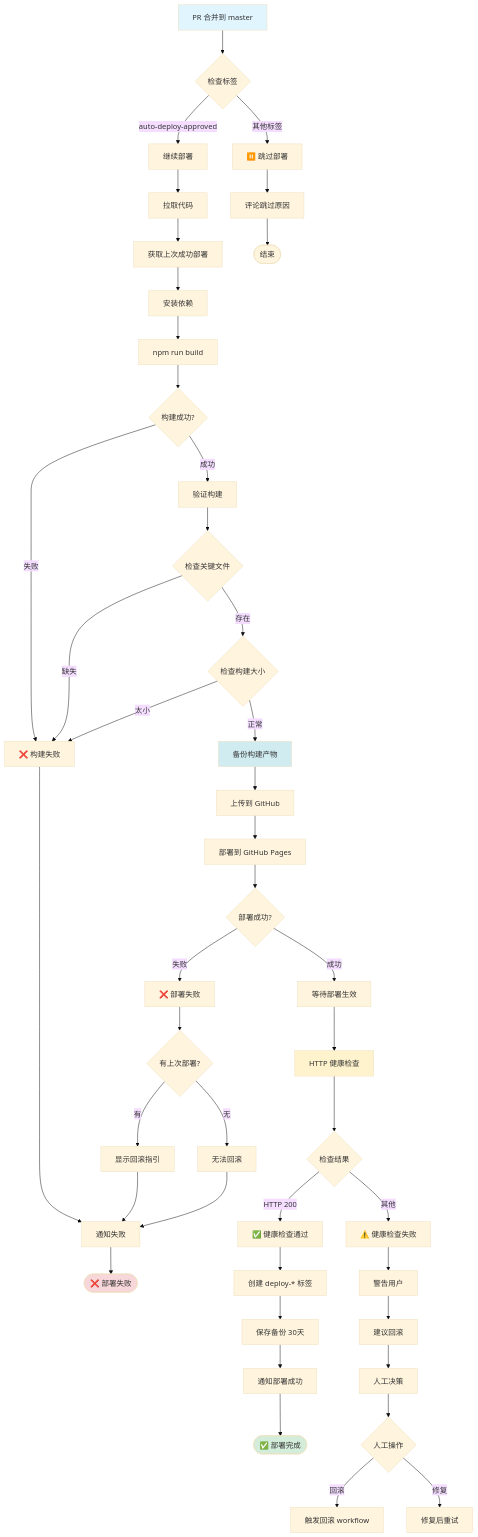
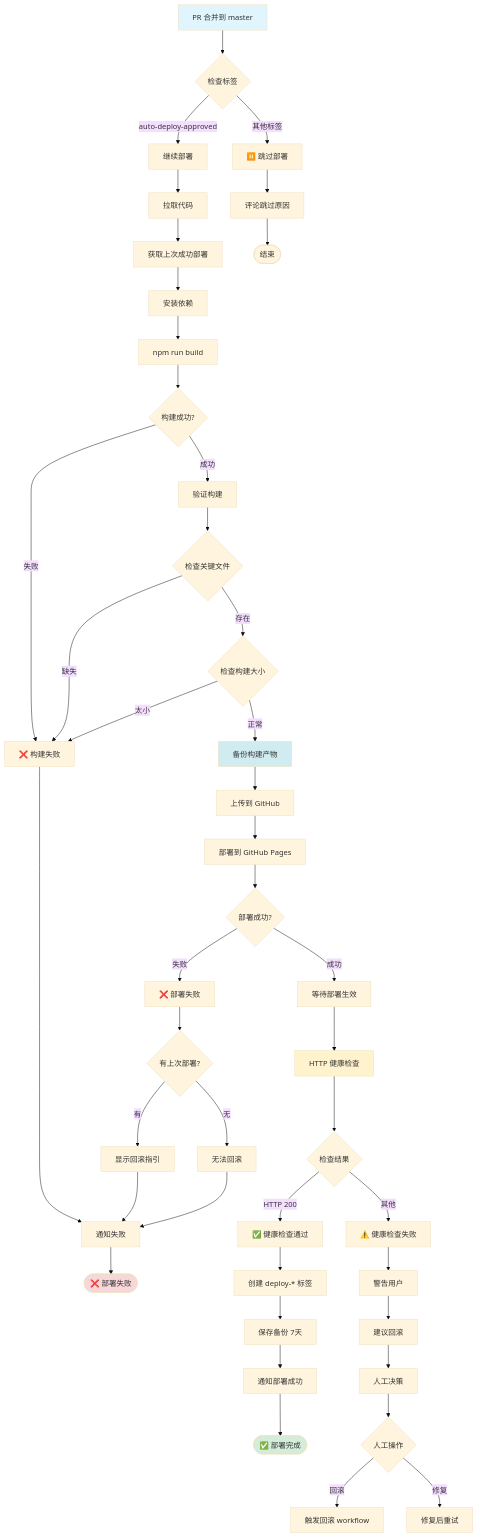
One commit to Lzp1996/test changed the fourth of 8 diagrams in .github/FLOWCHARTS.md. Above: the diagram before and after it, drawn with Mermaid (base theme). The commit also changed other lines of this file and 14 other files, not shown here.

````diff
--- a/.github/FLOWCHARTS.md
+++ b/.github/FLOWCHARTS.md
@@ -123,68 +246,68 @@
 ```mermaid
 flowchart TD
     Start[PR 合并到 master] --> CheckLabel{检查标签}
     
     CheckLabel -->|auto-deploy-approved| Continue[继续部署]
     CheckLabel -->|其他标签| Skip[⏸️ 跳过部署]
     
     Continue --> Checkout[拉取代码]
     Checkout --> GetLastDeploy[获取上次成功部署]
     GetLastDeploy --> InstallDeps[安装依赖]
     
     InstallDeps --> Build[npm run build]
     Build --> BuildCheck{构建成功?}
     
     BuildCheck -->|失败| BuildFail[❌ 构建失败]
     BuildCheck -->|成功| ValidateBuild[验证构建]
     
     ValidateBuild --> CheckFiles{检查关键文件}
     CheckFiles -->|缺失| BuildFail
     CheckFiles -->|存在| CheckSize{检查构建大小}
     
     CheckSize -->|太小| BuildFail
     CheckSize -->|正常| BackupBuild[备份构建产物]
     
     BackupBuild --> UploadArtifact[上传到 GitHub]
     UploadArtifact --> DeployPages[部署到 GitHub Pages]
     
     DeployPages --> DeployCheck{部署成功?}
     DeployCheck -->|失败| DeployFail[❌ 部署失败]
     DeployCheck -->|成功| WaitStable[等待部署生效]
     
     WaitStable --> HealthCheck[HTTP 健康检查]
     HealthCheck --> HealthResult{检查结果}
     
     HealthResult -->|HTTP 200| HealthPass[✅ 健康检查通过]
     HealthResult -->|其他| HealthFail[⚠️ 健康检查失败]
     
     HealthPass --> CreateTag[创建 deploy-* 标签]
-    CreateTag --> SaveBackup[保存备份 30天]
+    CreateTag --> SaveBackup[保存备份 7天]
     SaveBackup --> NotifySuccess[通知部署成功]
     NotifySuccess --> DeploySuccess([✅ 部署完成])
     
     HealthFail --> WarnUser[警告用户]
     WarnUser --> SuggestRollback[建议回滚]
     
     DeployFail --> GetLastTag{有上次部署?}
     GetLastTag -->|有| ShowRollback[显示回滚指引]
     GetLastTag -->|无| NoRollback[无法回滚]
     
     BuildFail --> Notify[通知失败]
     ShowRollback --> Notify
     NoRollback --> Notify
     SuggestRollback --> ManualDecision[人工决策]
     
     Notify --> Failed([❌ 部署失败])
     ManualDecision --> Manual{人工操作}
     Manual -->|回滚| TriggerRollback[触发回滚 workflow]
     Manual -->|修复| FixAndRetry[修复后重试]
     
     Skip --> SkipMsg[评论跳过原因]
     SkipMsg --> End([结束])
     
     style Start fill:#e1f5ff
     style DeploySuccess fill:#d4edda
     style Failed fill:#f8d7da
     style HealthCheck fill:#fff3cd
     style BackupBuild fill:#d1ecf1
 ```
````
